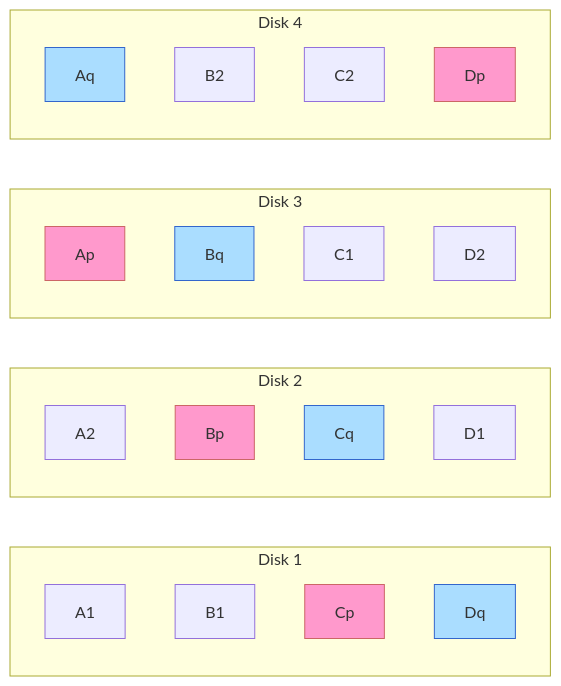
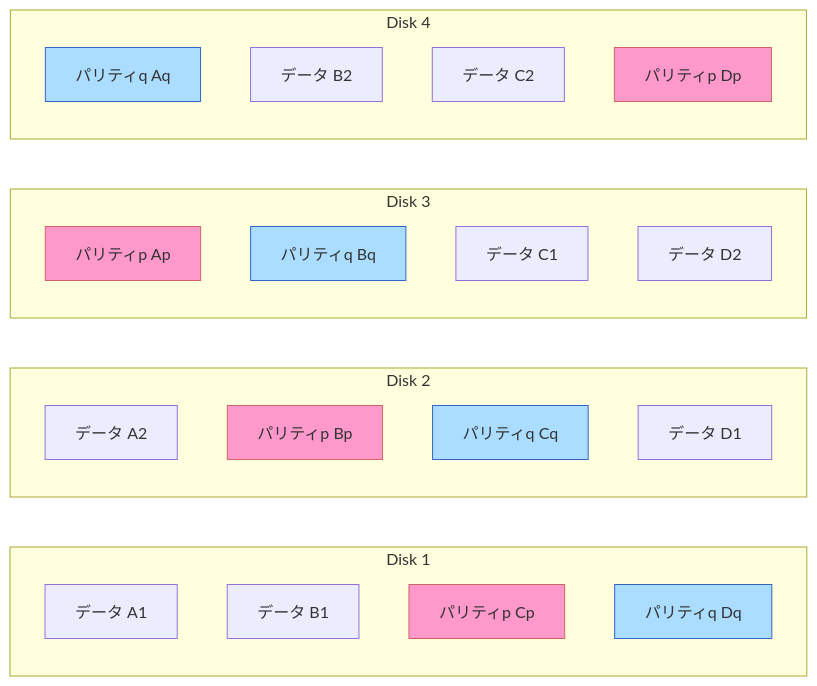
Before and after one commit to Bassiy/share_knowledge: the fourth of 5 diagrams in concepts/raid.md, drawn with Mermaid. The commit also changed other lines of this file, not shown here.

````diff
--- a/concepts/raid.md
+++ b/concepts/raid.md
@@ -101,32 +101,32 @@
 ```mermaid
 flowchart LR
   subgraph D1["Disk 1"]
-    a1["A1"]
-    b1["B1"]
-    cp["Cp"]
-    dq["Dq"]
+    a1["データ A1"]
+    b1["データ B1"]
+    cp["パリティp Cp"]
+    dq["パリティq Dq"]
   end
   subgraph D2["Disk 2"]
-    a2["A2"]
-    bp["Bp"]
-    cq["Cq"]
-    d1["D1"]
+    a2["データ A2"]
+    bp["パリティp Bp"]
+    cq["パリティq Cq"]
+    d1["データ D1"]
   end
   subgraph D3["Disk 3"]
-    ap["Ap"]
-    bq["Bq"]
-    c1["C1"]
-    d2["D2"]
+    ap["パリティp Ap"]
+    bq["パリティq Bq"]
+    c1["データ C1"]
+    d2["データ D2"]
   end
   subgraph D4["Disk 4"]
-    aq["Aq"]
-    b2["B2"]
-    c2["C2"]
-    dp["Dp"]
+    aq["パリティq Aq"]
+    b2["データ B2"]
+    c2["データ C2"]
+    dp["パリティp Dp"]
   end
 
   classDef parityP fill:#f9c,stroke:#c66
   classDef parityQ fill:#adf,stroke:#36c
   class ap,bp,cp,dp parityP
   class aq,bq,cq,dq parityQ
 ```
````
